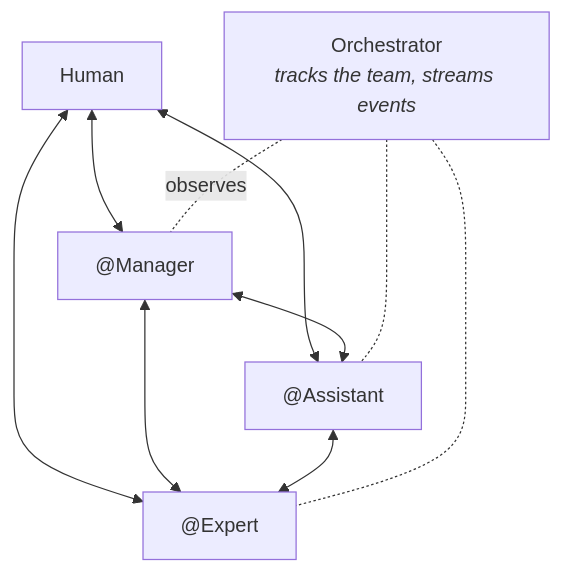
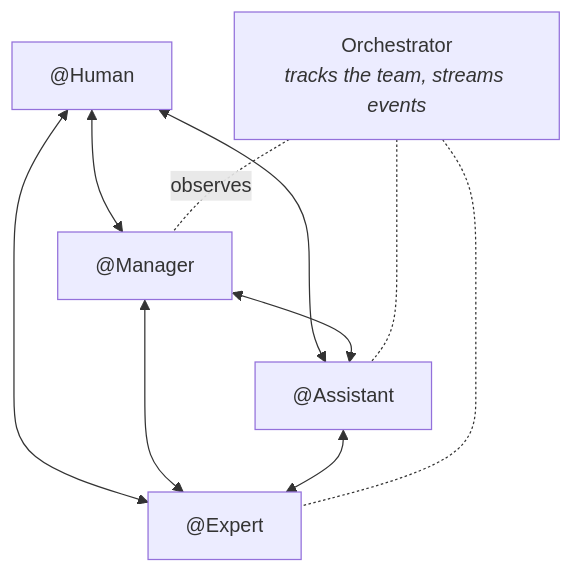
Before and after one commit to b12consulting/akgentic: the diagram in README.md, drawn with Mermaid. The commit also changed other lines of this file, not shown here.

First line of the commit message:
docs: name the framework in full and label the human @Human

````diff
--- a/README.md
+++ b/README.md
@@ -55,13 +56,13 @@
 ```mermaid
 flowchart TD
-    H["Human"] <--> M["@Manager"]
+    H["@Human"] <--> M["@Manager"]
     H <--> A["@Assistant"]
     H <--> E["@Expert"]
     M <--> A
     M <--> E
     A <--> E
     O["Orchestrator<br/><i>tracks the team, streams events</i>"]
     O -.observes.- M
     O -.- A
     O -.- E
 ```
````
